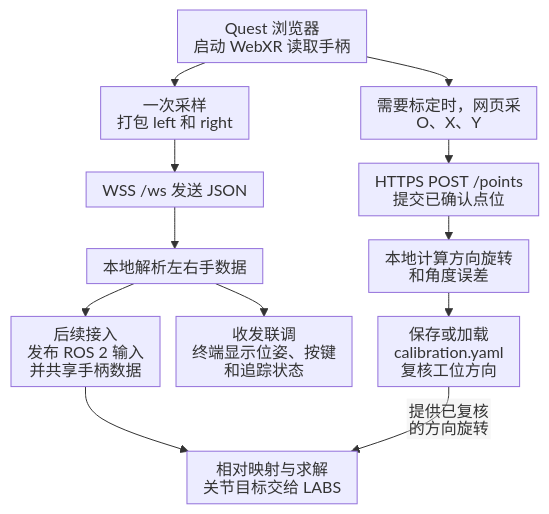
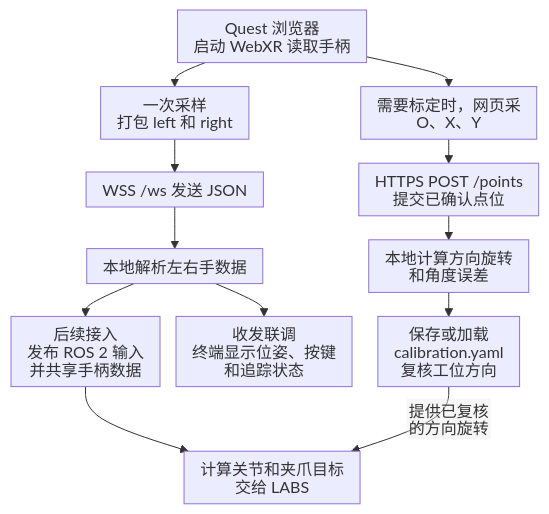
Before and after one commit to YYxzz8866/Quest-Proposal: the fourth of 4 diagrams in 3、Topic.md, drawn with Mermaid. The commit also changed other lines of this file and 5 other files, not shown here.

````diff
--- a/3、Topic.md
+++ b/3、Topic.md
@@ -153,20 +157,20 @@
 ```mermaid
 %%{init: {"htmlLabels": false, "flowchart": {"htmlLabels": false, "useMaxWidth": true, "nodeSpacing": 16, "rankSpacing": 24, "padding": 8}}}%%
 flowchart TD
     XR["Quest 浏览器<br/>启动 WebXR 读取手柄"]
     Points["需要标定时，网页采 O、X、Y"]
     Post["HTTPS POST /points<br/>提交已确认点位"]
     Fit["本地计算方向旋转<br/>和角度误差"]
     Config["保存或加载<br/>calibration.yaml<br/>复核工位方向"]
     Pack["一次采样<br/>打包 left 和 right"]
     WSS["WSS /ws 发送 JSON"]
     Local["本地解析左右手数据"]
     Log["收发联调<br/>终端显示位姿、按键<br/>和追踪状态"]
     Bridge["后续接入<br/>发布 ROS 2 输入<br/>并共享手柄数据"]
-    Labs["相对映射与求解<br/>关节目标交给 LABS"]
+    Labs["计算关节和夹爪目标<br/>交给 LABS"]
 
     XR --> Points --> Post --> Fit --> Config
     XR --> Pack --> WSS --> Local --> Log
     Local --> Bridge --> Labs
     Config -->|"提供已复核<br/>的方向旋转"| Labs
 ```
````
